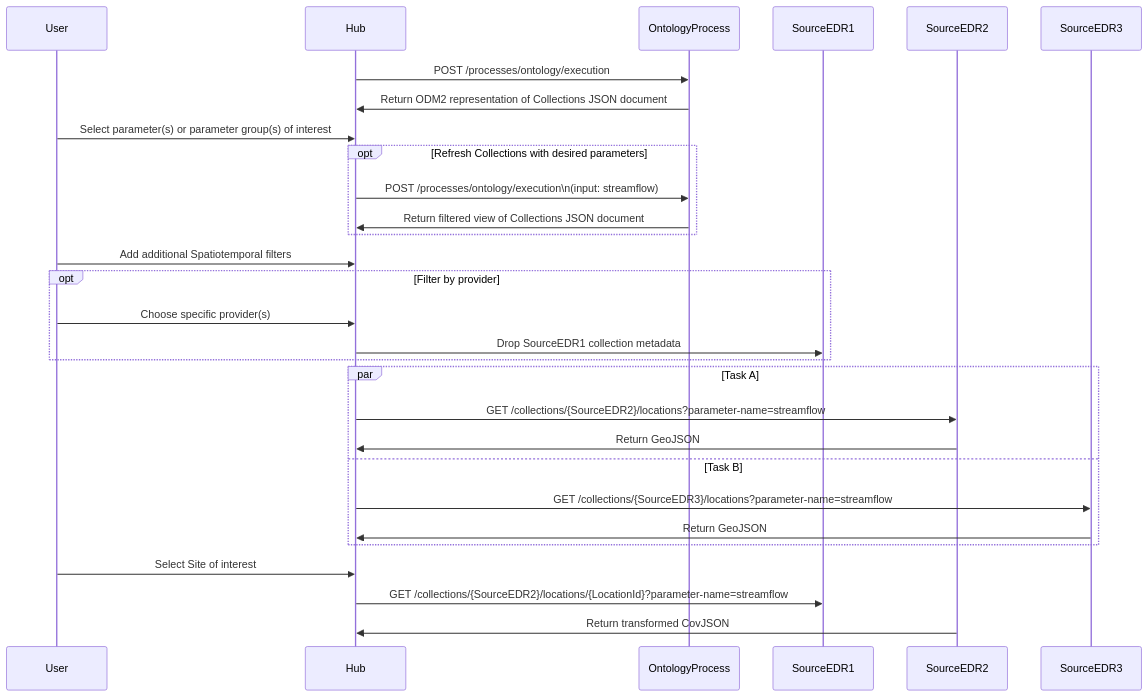
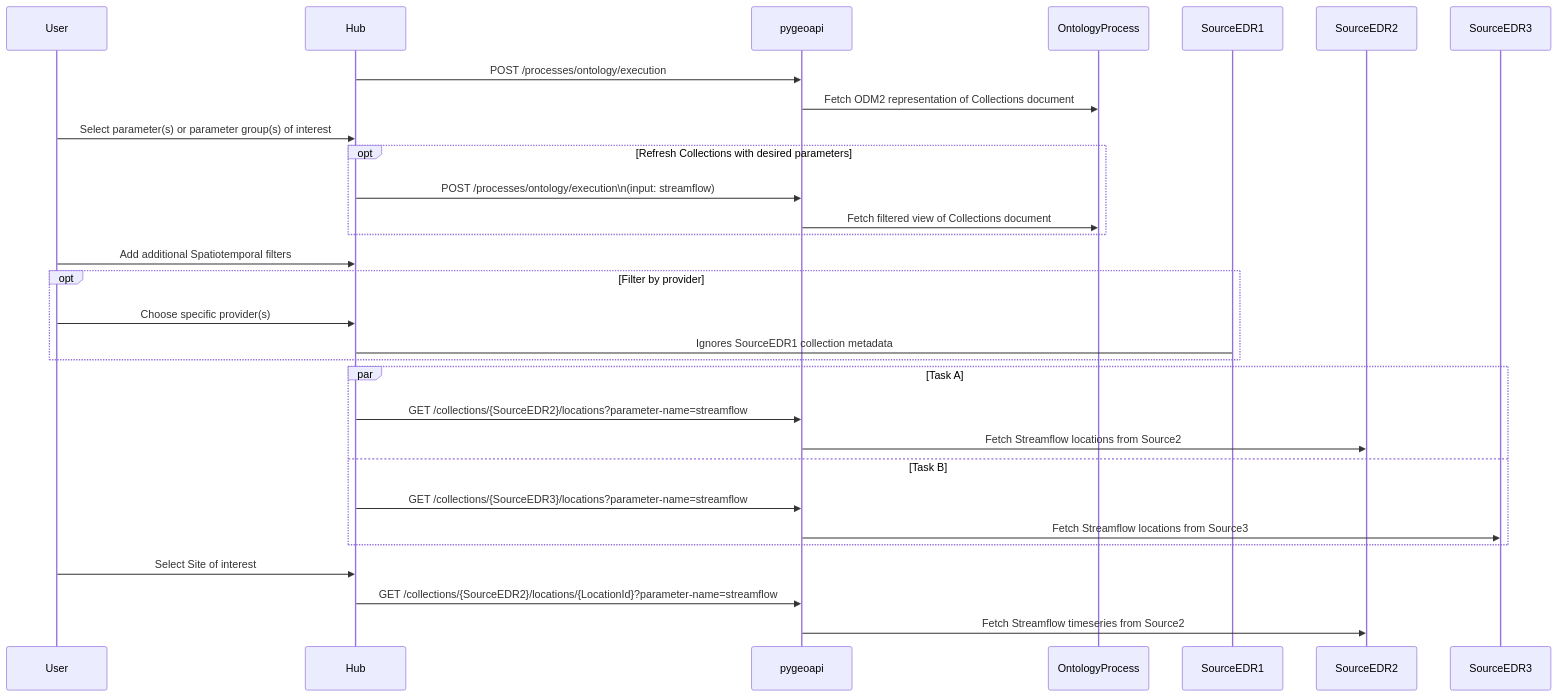
One commit to internetofwater/Western-Water-Datahub changed the second of 2 diagrams in docs/ontology.md. Above: the diagram before and after it, drawn with Mermaid. The commit also changed other lines of this file, not shown here.

Commit message:
Add pygeoapi a mediator participant

````diff
--- a/docs/ontology.md
+++ b/docs/ontology.md
@@ -90,40 +92,41 @@
 ```mermaid
 sequenceDiagram
     participant User
     participant Hub
+    participant pygeoapi
     participant OntologyProcess
     participant SourceEDR1
     participant SourceEDR2
     participant SourceEDR3
 
     %% Initial discovery via process execution
-    Hub->>OntologyProcess: POST /processes/ontology/execution
-    OntologyProcess->>Hub: Return ODM2 representation of Collections JSON document
+    Hub->>pygeoapi: POST /processes/ontology/execution
+    pygeoapi->>OntologyProcess: Fetch ODM2 representation of Collections document
 
     User->>Hub: Select parameter(s) or parameter group(s) of interest
 
     opt Refresh Collections with desired parameters
-        Hub->>OntologyProcess: POST /processes/ontology/execution\n(input: streamflow)
-        OntologyProcess->>Hub: Return filtered view of Collections JSON document
+        Hub->>pygeoapi: POST /processes/ontology/execution\n(input: streamflow)
+        pygeoapi->>OntologyProcess: Fetch filtered view of Collections document
     end
 
     User->>Hub: Add additional Spatiotemporal filters
 
     opt Filter by provider
         User->>Hub: Choose specific provider(s)
-        Hub->>SourceEDR1: Drop SourceEDR1 collection metadata
+        Hub->SourceEDR1: Ignores SourceEDR1 collection metadata
     end
 
     %% Show locations matching filters
     par Task A
-        Hub->>SourceEDR2: GET /collections/{SourceEDR2}/locations?parameter-name=streamflow
-        SourceEDR2->>Hub: Return GeoJSON
+        Hub->>pygeoapi: GET /collections/{SourceEDR2}/locations?parameter-name=streamflow
+        pygeoapi->>SourceEDR2: Fetch Streamflow locations from Source2
     and Task B
-        Hub->>SourceEDR3: GET /collections/{SourceEDR3}/locations?parameter-name=streamflow
-        SourceEDR3->>Hub: Return GeoJSON
+        Hub->>pygeoapi: GET /collections/{SourceEDR3}/locations?parameter-name=streamflow
+        pygeoapi->>SourceEDR3: Fetch Streamflow locations from Source3
     end
 
     User->>Hub: Select Site of interest
-    Hub->>SourceEDR1: GET /collections/{SourceEDR2}/locations/{LocationId}?parameter-name=streamflow
-    SourceEDR2->>Hub: Return transformed CovJSON
+    Hub->>pygeoapi: GET /collections/{SourceEDR2}/locations/{LocationId}?parameter-name=streamflow
+    pygeoapi->>SourceEDR2: Fetch Streamflow timeseries from Source2
 ```
````
